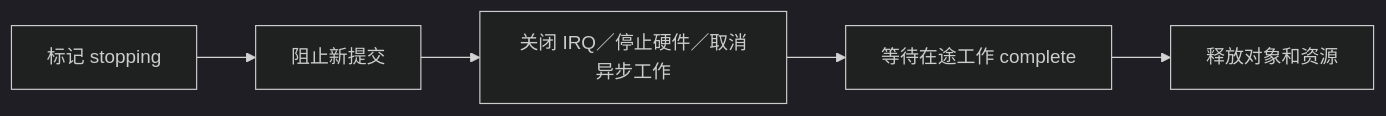
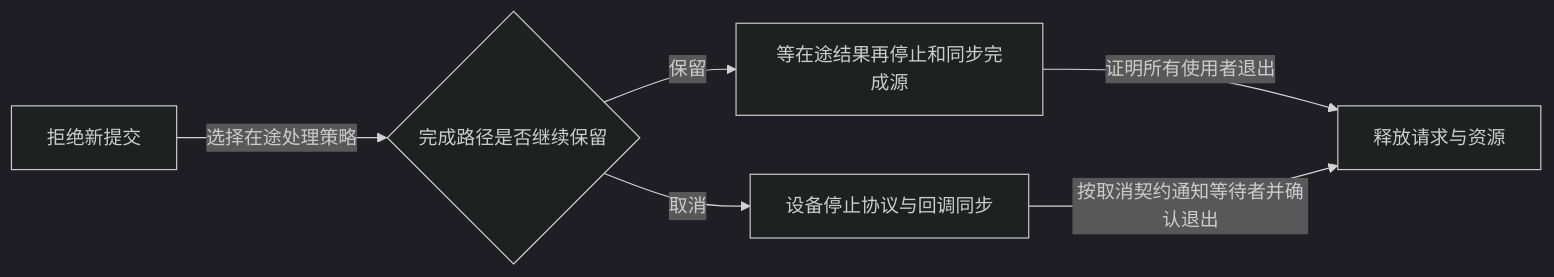
One commit to FormingSystem/linux_note changed the third of 3 diagrams in knowledge/linux/synchronization_and_asynchrony/synchronization/waiting_notification/P02_completion_完成量.md. Above: the diagram before and after it, drawn with Mermaid (dark theme). The commit also changed other lines of this file and 9 other files, not shown here.

````diff
--- a/knowledge/linux/synchronization_and_asynchrony/synchronization/waiting_notification/P02_completion_完成量.md
+++ b/knowledge/linux/synchronization_and_asynchrony/synchronization/waiting_notification/P02_completion_完成量.md
@@ -177,7 +202,8 @@
 ```mermaid
 flowchart LR
-    A[标记 stopping] --> B[阻止新提交]
-    B --> C[关闭 IRQ／停止硬件／取消异步工作]
-    C --> D[等待在途工作 complete]
-    D --> E[释放对象和资源]
+    A[拒绝新提交] -->|选择在途处理策略| B{完成路径是否继续保留}
+    B -->|保留| C[等在途结果再停止和同步完成源]
+    B -->|取消| D[设备停止协议与回调同步]
+    C -->|证明所有使用者退出| E[释放请求与资源]
+    D -->|按取消契约通知等待者并确认退出| E
 ```
````
